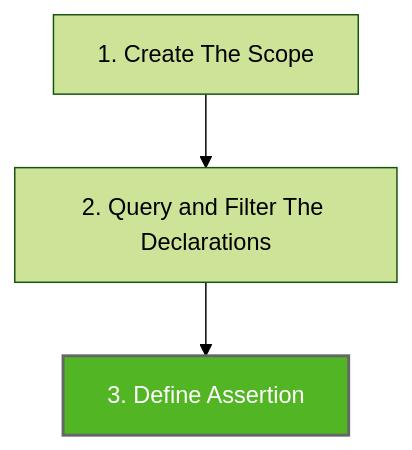
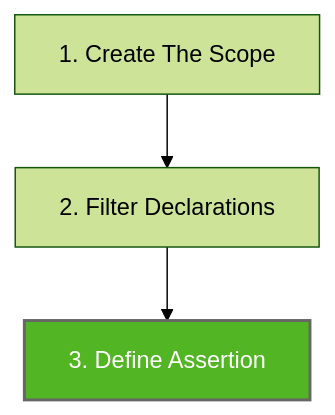
One commit to LemonAppDev/konsist-documentation changed the diagram in writing-tests/declaration-assert.md. Above: the diagram before and after it, drawn with Mermaid. The commit also changed 3 other files, not shown here.

````diff
--- a/writing-tests/declaration-assert.md
+++ b/writing-tests/declaration-assert.md
@@ -9,8 +9,8 @@
 ```mermaid
 %%{init: {'theme':'forest'}}%%
 flowchart TB
     Step1["1. Create The Scope"]-->Step2
-    Step2["2. Query and Filter The Declarations"]-->Step3
+    Step2["2. Filter Declarations"]-->Step3
     Step3["3. Define Assertion"]
     style Step3 fill:#52B523,stroke:#666,stroke-width:2px,color:#fff
 ```
````
